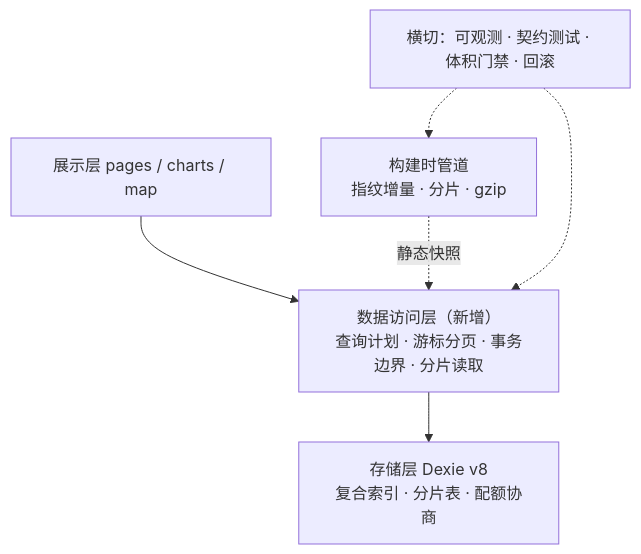
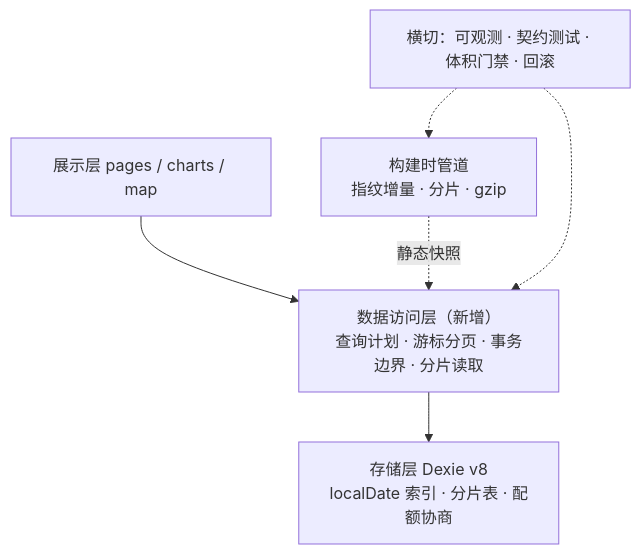
The second of 2 diagrams in docs/数据层重构方案.md (999bug/cycling-analyzer), drawn with Mermaid before and after one commit. The commit also changed other lines of this file and 9 other files, not shown here.

````diff
--- a/docs/数据层重构方案.md
+++ b/docs/数据层重构方案.md
@@ -69,8 +69,8 @@
 ```mermaid
 flowchart TD
     U["展示层 pages / charts / map"] --> DAL["数据访问层（新增）<br/>查询计划 · 游标分页 · 事务边界 · 分片读取"]
-    DAL --> S["存储层 Dexie v8<br/>复合索引 · 分片表 · 配额协商"]
+    DAL --> S["存储层 Dexie v8<br/>localDate 索引 · 分片表 · 配额协商"]
     P["构建时管道<br/>指纹增量 · 分片 · gzip"] -.->|静态快照| DAL
     O["横切：可观测 · 契约测试 · 体积门禁 · 回滚"] -.-> DAL
     O -.-> P
 ```
````
